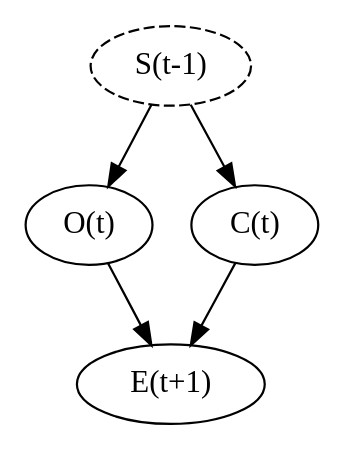
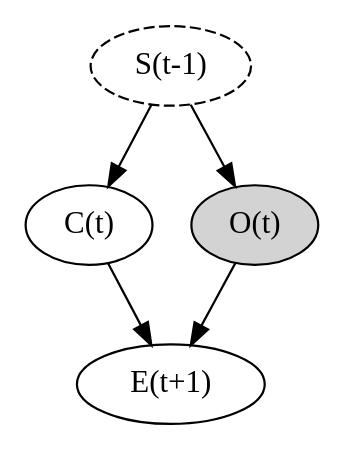
Before and after one commit to massma/causality-earth-science: the diagram in dot/observe-everything.dot, drawn with Graphviz. The commit also changed 4 other files, not shown here.

```diff
--- a/dot/observe-everything.dot
+++ b/dot/observe-everything.dot
@@ -1,15 +1,15 @@
 digraph G {
 	sMinus1[label="S(t-1)", style="dashed"];
 
-	o[label="O(t)"];
 	c[label="C(t)"];
+	o[label="O(t)", style="filled"];
 
 	e[label="E(t+1)"];
 
 	sMinus1 -> o;
 	sMinus1 -> c;
 
 	o -> e;
 	c -> e;
 
 }
```
